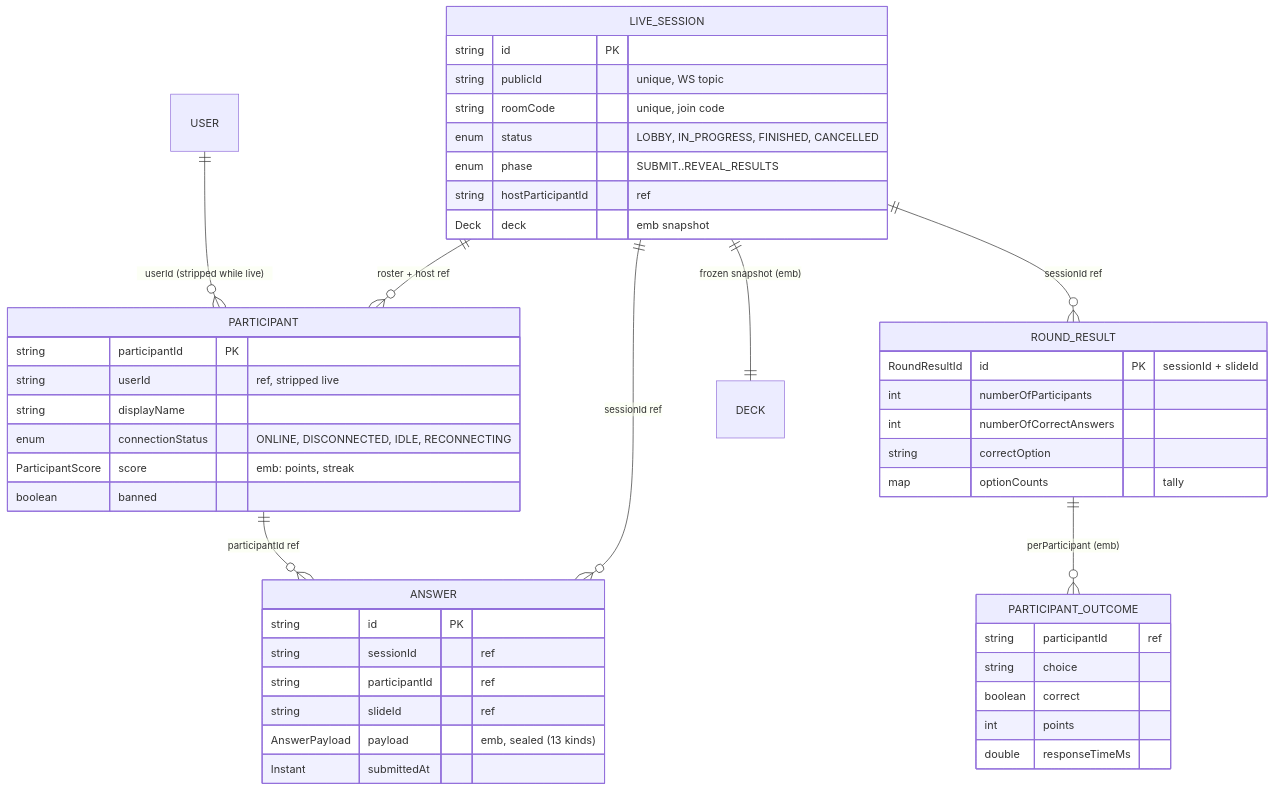
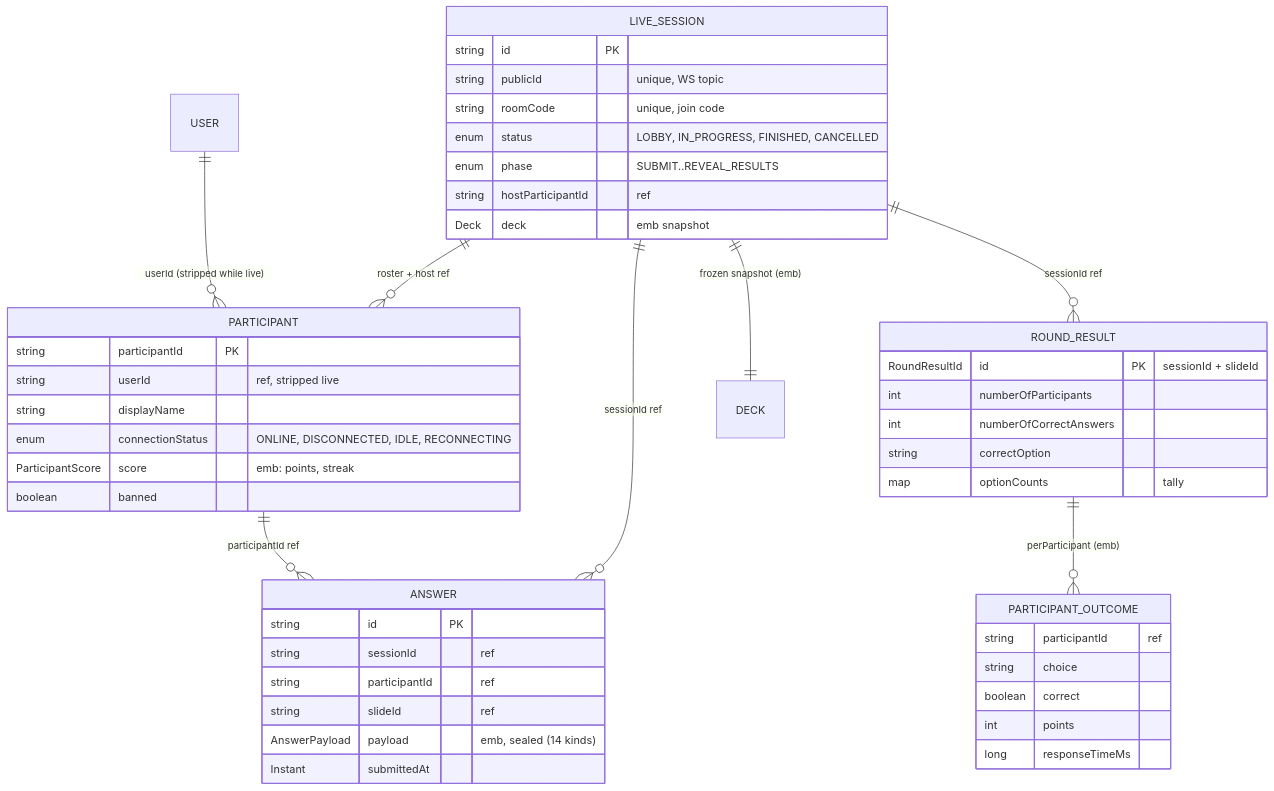
The third of 6 diagrams in z-docs/diagrams/domain-model.md (Saganaut/ambi), drawn with Mermaid before and after one commit. The commit also changed other lines of this file and 5 other files, not shown here.

Commit message:
docs(diagrams): correct auth, collaboration, deck-authoring, domain-model, frontend-architecture, index

````diff
--- a/z-docs/diagrams/domain-model.md
+++ b/z-docs/diagrams/domain-model.md
@@ -143,50 +156,50 @@
 ```mermaid
 erDiagram
     LIVE_SESSION ||--o{ PARTICIPANT : "roster + host ref"
     LIVE_SESSION ||--o{ ANSWER : "sessionId ref"
     LIVE_SESSION ||--o{ ROUND_RESULT : "sessionId ref"
     LIVE_SESSION ||--|| DECK : "frozen snapshot (emb)"
     PARTICIPANT ||--o{ ANSWER : "participantId ref"
     ROUND_RESULT ||--o{ PARTICIPANT_OUTCOME : "perParticipant (emb)"
     USER ||--o{ PARTICIPANT : "userId (stripped while live)"
 
     LIVE_SESSION {
         string id PK
         string publicId "unique, WS topic"
         string roomCode "unique, join code"
         enum status "LOBBY, IN_PROGRESS, FINISHED, CANCELLED"
         enum phase "SUBMIT..REVEAL_RESULTS"
         string hostParticipantId "ref"
         Deck deck "emb snapshot"
     }
     PARTICIPANT {
         string participantId PK
         string userId "ref, stripped live"
         string displayName
         enum connectionStatus "ONLINE, DISCONNECTED, IDLE, RECONNECTING"
         ParticipantScore score "emb: points, streak"
         boolean banned
     }
     ANSWER {
         string id PK
         string sessionId "ref"
         string participantId "ref"
         string slideId "ref"
-        AnswerPayload payload "emb, sealed (13 kinds)"
+        AnswerPayload payload "emb, sealed (14 kinds)"
         Instant submittedAt
     }
     ROUND_RESULT {
         RoundResultId id PK "sessionId + slideId"
         int numberOfParticipants
         int numberOfCorrectAnswers
         string correctOption
         map optionCounts "tally"
     }
     PARTICIPANT_OUTCOME {
         string participantId "ref"
         string choice
         boolean correct
         int points
-        double responseTimeMs
+        long responseTimeMs
     }
 ```
````
